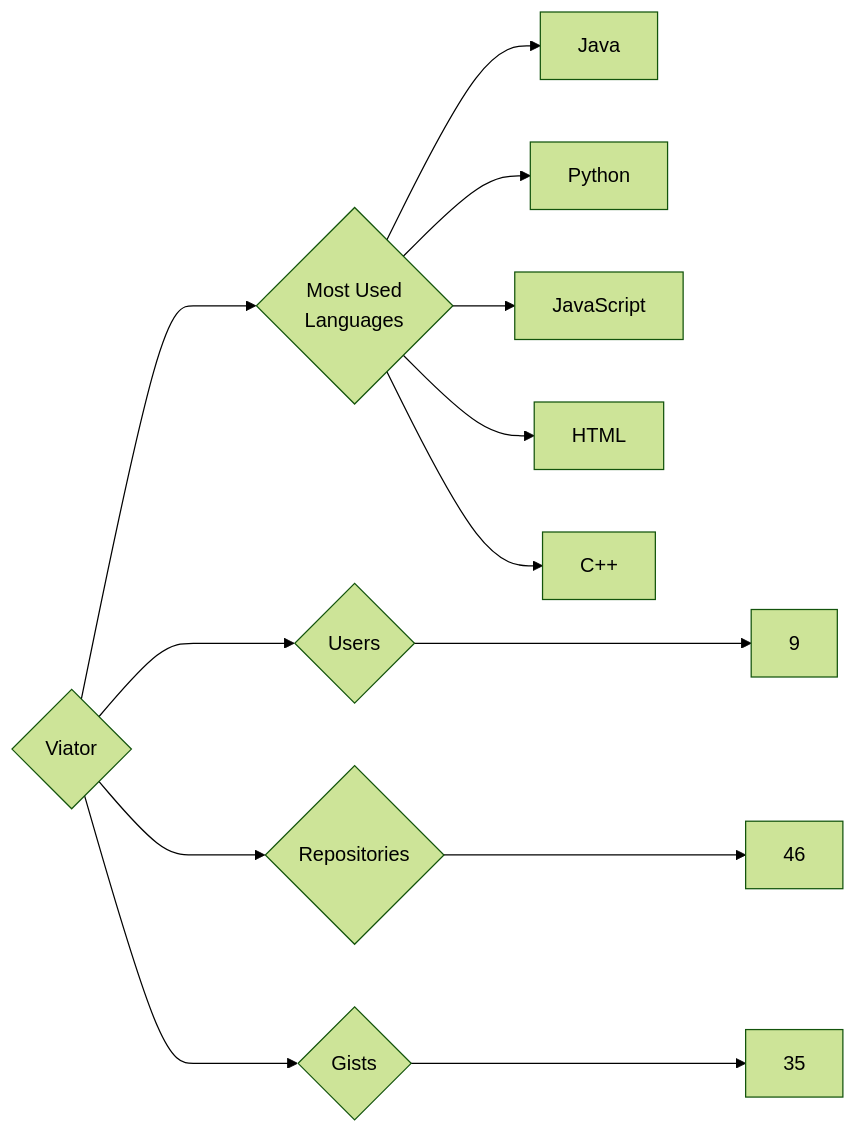
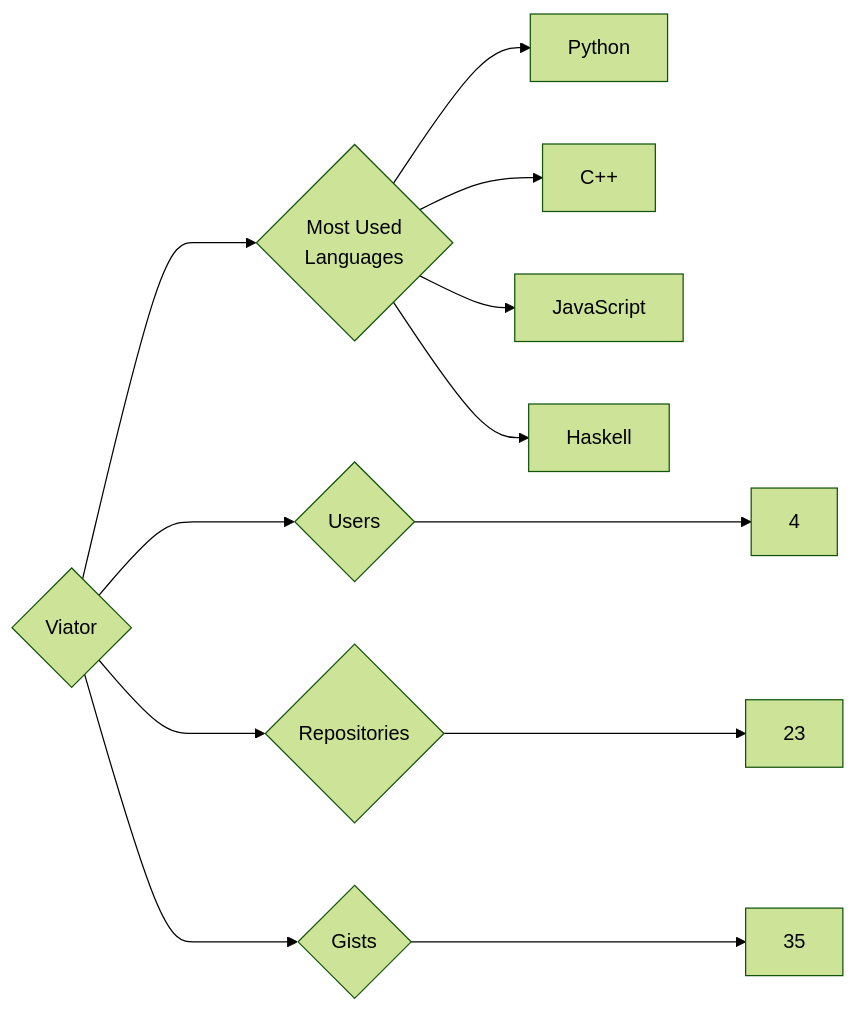
Before and after one commit to trickest/insiders: the diagram in targets/Viator/README.md, drawn with Mermaid (forest theme). The commit also changed 681 other files, not shown here.

````diff
--- a/targets/Viator/README.md
+++ b/targets/Viator/README.md
@@ -3,13 +3,12 @@
 ```mermaid
 graph LR
 COMPANY_NAME{Viator}
-COMPANY_NAME ---> U{Users} ---> UN[9]
-COMPANY_NAME ---> R{Repositories} ---> RN[46]
+COMPANY_NAME ---> U{Users} ---> UN[4]
+COMPANY_NAME ---> R{Repositories} ---> RN[23]
 COMPANY_NAME ---> G{Gists} ---> GN[35]
 COMPANY_NAME ---> ML{Most Used<br>Languages}
-ML --> Java[Java]
 ML --> Python[Python]
+ML --> C++[C++]
 ML --> JavaScript[JavaScript]
-ML --> HTML[HTML]
-ML --> C++[C++]
+ML --> Haskell[Haskell]
 ```
````
